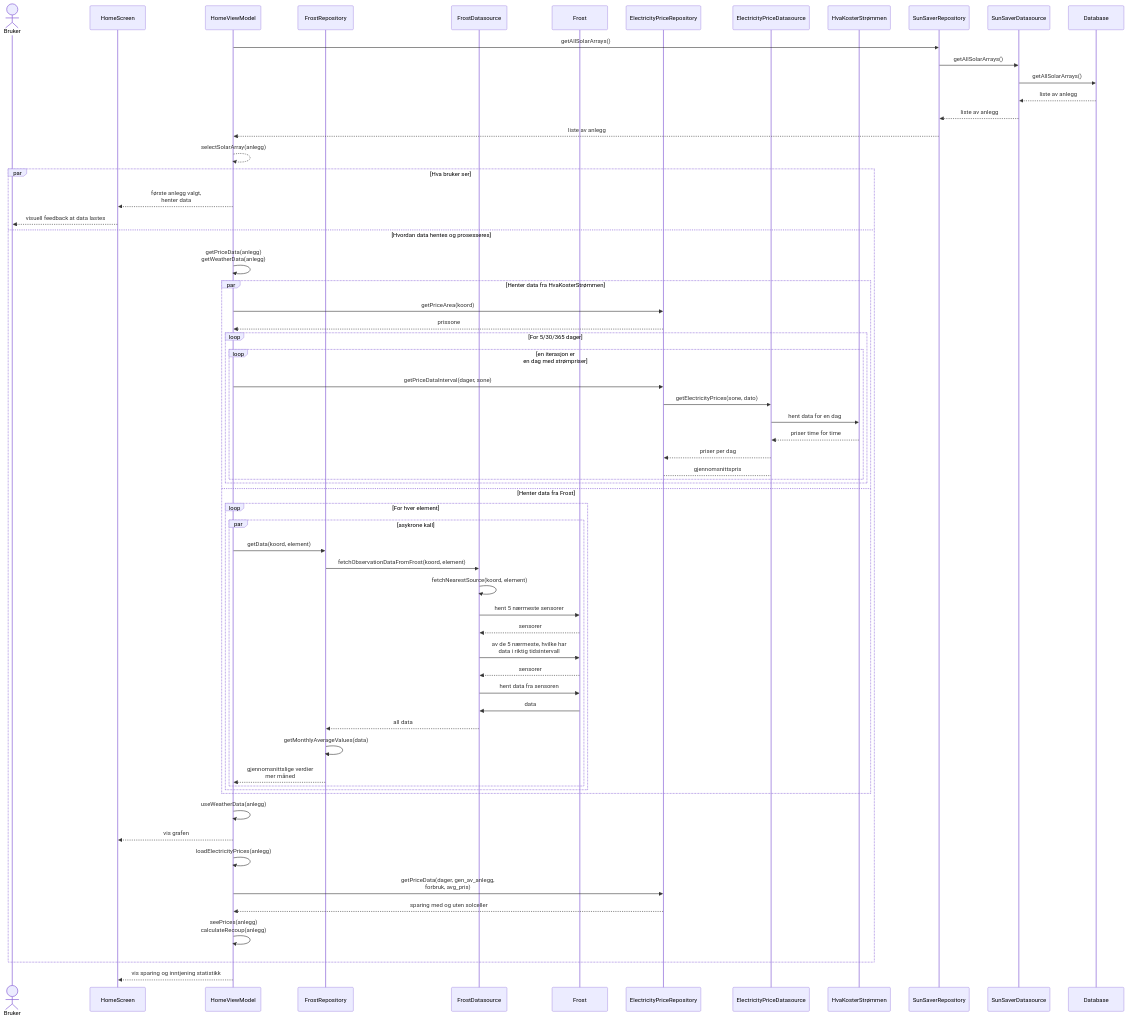
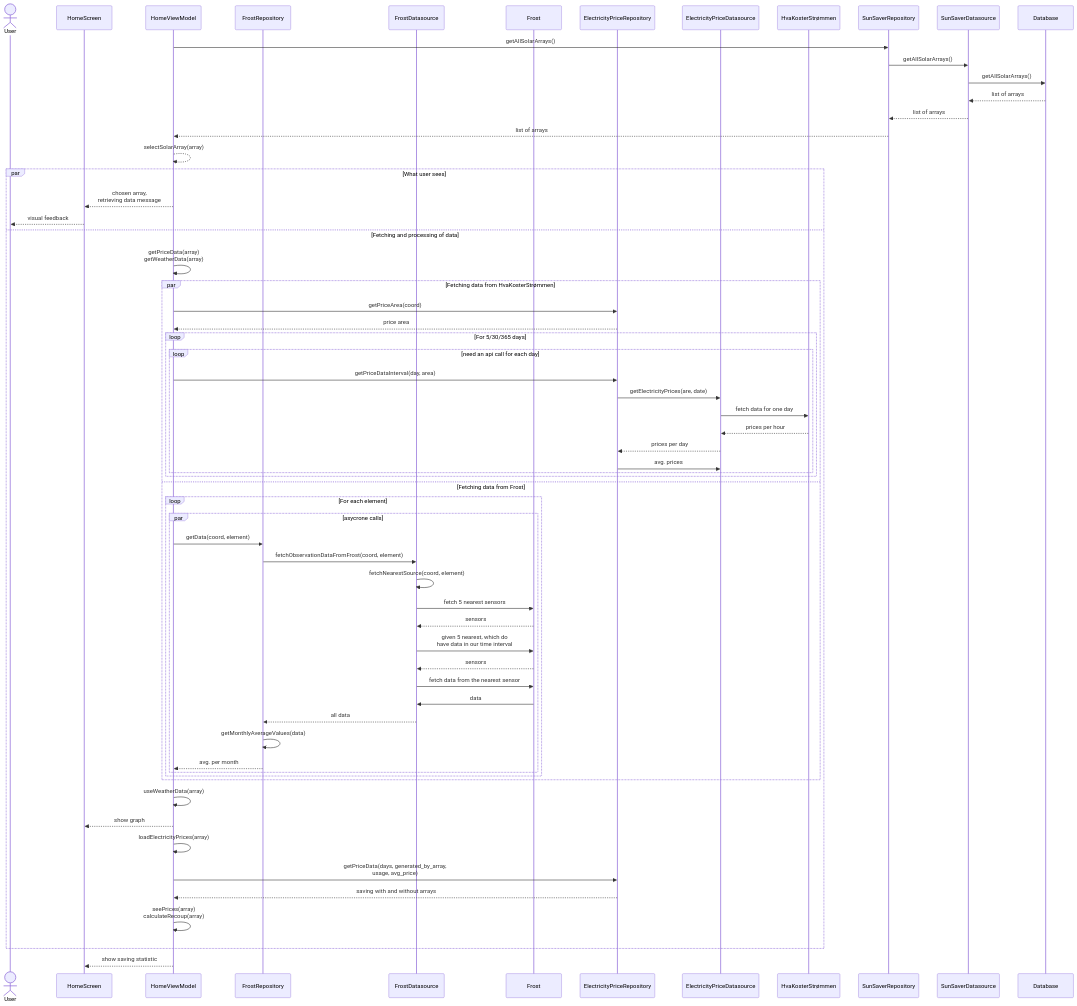
The diagram in PLAYGROUND_SEQ2.md (pragathiGopal25/SunSaver), drawn with Mermaid before and after one commit. The commit also changed other lines of this file and 1 other file, not shown here.

Commit message:
Translate

````diff
--- a/PLAYGROUND_SEQ2.md
+++ b/PLAYGROUND_SEQ2.md
@@ -5,77 +3,75 @@
 ```mermaid
 sequenceDiagram
-    actor Bruker
+    actor User
     participant HomeScreen
     participant HomeViewModel 
     participant FrostRepository 
     participant FrostDatasource
     participant Frost
     participant elRep as ElectricityPriceRepository 
     participant elDat as ElectricityPriceDatasource
     participant hks as HvaKosterStrømmen 
     participant SunSaverRepository 
     participant SunSaverDatasource
     participant Database 
 
     HomeViewModel ->> SunSaverRepository: getAllSolarArrays()
     SunSaverRepository ->> SunSaverDatasource: getAllSolarArrays()
     SunSaverDatasource ->> Database: getAllSolarArrays()
 
-    Database -->> SunSaverDatasource: liste av anlegg
-    SunSaverDatasource -->> SunSaverRepository: liste av anlegg
-    SunSaverRepository -->> HomeViewModel: liste av anlegg
-    HomeViewModel -->> HomeViewModel: selectSolarArray(anlegg)
-    par Hva bruker ser
-        HomeViewModel -->> HomeScreen: første anlegg valgt,<br/>henter data
-        HomeScreen -->> Bruker: visuell feedback at data lastes
-    and Hvordan data hentes og prosesseres
-        HomeViewModel ->> HomeViewModel: getPriceData(anlegg)<br/>getWeatherData(anlegg)
+    Database -->> SunSaverDatasource: list of arrays
+    SunSaverDatasource -->> SunSaverRepository: list of arrays
+    SunSaverRepository -->> HomeViewModel: list of arrays
+    HomeViewModel -->> HomeViewModel: selectSolarArray(array)
+    par What user sees
+        HomeViewModel -->> HomeScreen: chosen array,<br/> retrieving data message
+        HomeScreen -->> User: visual feedback 
+    and Fetching and processing of data
+        HomeViewModel ->> HomeViewModel: getPriceData(array)<br/>getWeatherData(array)
         
-        par Henter data fra HvaKosterStrømmen 
-            HomeViewModel ->> elRep: getPriceArea(koord)
-            elRep -->> HomeViewModel: prissone
-            loop For 5/30/365 dager 
-                loop en iterasjon er <br/> en dag med strømpriser
-                    HomeViewModel ->> elRep: getPriceDataInterval(dager, sone)
-                    elRep ->> elDat: getElectricityPrices(sone, dato)
-                    elDat ->> hks: hent data for en dag
+        par Fetching data from HvaKosterStrømmen
+            HomeViewModel ->> elRep: getPriceArea(coord)
+            elRep -->> HomeViewModel: price area
+            loop For 5/30/365 days 
+                loop need an api call for each day
+                    HomeViewModel ->> elRep: getPriceDataInterval(day, area)
+                    elRep ->> elDat: getElectricityPrices(are, date)
+                    elDat ->> hks: fetch data for one day
 
-                    hks -->> elDat: priser time for time
-                    elDat -->> elRep: priser per dag 
-                    elRep --> elDat: gjennomsnittspris
+                    hks -->> elDat: prices per hour
+                    elDat -->> elRep: prices per day 
+                    elRep ->> elDat: avg. prices
                 end
             end
             
-        and Henter data fra Frost 
-            loop For hver element 
-                par asykrone kall 
-                    HomeViewModel ->> FrostRepository: getData(koord, element)
-                    FrostRepository ->> FrostDatasource: fetchObservationDataFromFrost(koord, element)
+        and Fetching data from Frost 
+            loop For each element 
+                par asycrone calls 
+                    HomeViewModel ->> FrostRepository: getData(coord, element)
+                    FrostRepository ->> FrostDatasource: fetchObservationDataFromFrost(coord, element)
 
-                    FrostDatasource ->> FrostDatasource: fetchNearestSource(koord, element)
-                    FrostDatasource ->> Frost: hent 5 nærmeste sensorer
-                    Frost -->> FrostDatasource: sensorer
+                    FrostDatasource ->> FrostDatasource: fetchNearestSource(coord, element)
+                    FrostDatasource ->> Frost: fetch 5 nearest sensors
+                    Frost -->> FrostDatasource: sensors
 
-                    FrostDatasource ->> Frost: av de 5 nærmeste, hvilke har <br/> data i riktig tidsintervall 
-                    Frost -->> FrostDatasource: sensorer 
-                    FrostDatasource ->> Frost: hent data fra sensoren
+                    FrostDatasource ->> Frost: given 5 nearest, which do <br/>have data in our time interval 
+                    Frost -->> FrostDatasource: sensors 
+                    FrostDatasource ->> Frost: fetch data from the nearest sensor
                     Frost ->> FrostDatasource: data
 
                     FrostDatasource -->> FrostRepository: all data
                     FrostRepository ->> FrostRepository: getMonthlyAverageValues(data)
-                    FrostRepository -->> HomeViewModel: gjennomsnittslige verdier <br/> mer måned 
+                    FrostRepository -->> HomeViewModel: avg. per month 
                 end
             end
         end
 
-        HomeViewModel ->> HomeViewModel: useWeatherData(anlegg)
-        HomeViewModel -->> HomeScreen: vis grafen
-        HomeViewModel ->> HomeViewModel: loadElectricityPrices(anlegg)
-        HomeViewModel ->> elRep: getPriceData(dager, gen_av_anlegg,<br/> forbruk, avg_pris)
-        elRep -->> HomeViewModel: sparing med og uten solceller
-        HomeViewModel ->> HomeViewModel: seePrices(anlegg)<br/>calculateRecoup(anlegg)
+        HomeViewModel ->> HomeViewModel: useWeatherData(array)
+        HomeViewModel -->> HomeScreen: show graph
+        HomeViewModel ->> HomeViewModel: loadElectricityPrices(array)
+        HomeViewModel ->> elRep: getPriceData(days, generated_by_array,<br/> usage, avg_price)
+        elRep -->> HomeViewModel: saving with and without arrays
+        HomeViewModel ->> HomeViewModel: seePrices(array)<br/>calculateRecoup(array)
     end
-    HomeViewModel -->> HomeScreen: vis sparing og inntjening statistikk
-    
-
+    HomeViewModel -->> HomeScreen: show saving statistic 
 ```
````
